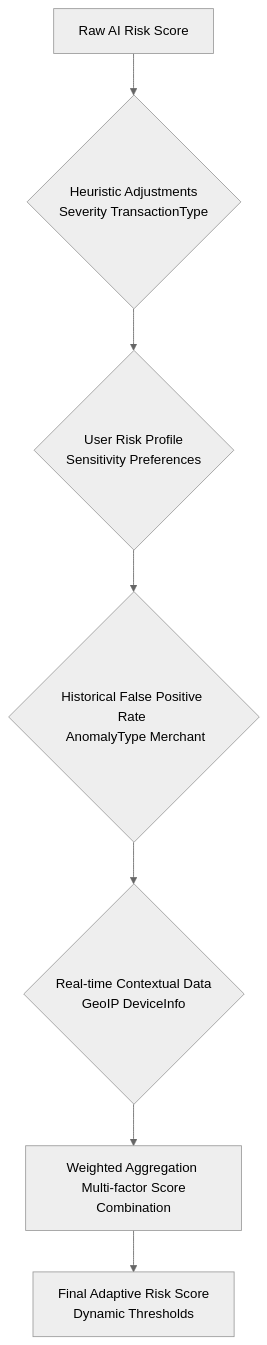
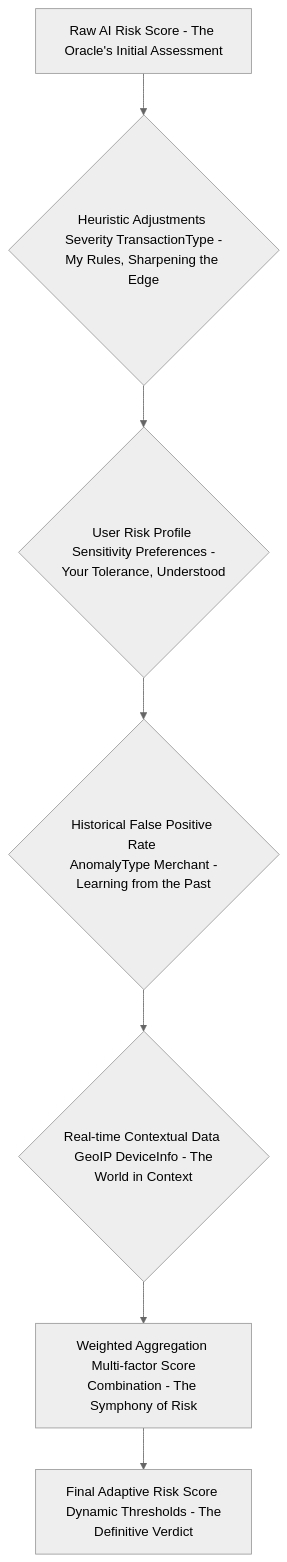
One commit to diplomat-bit/Citibank_Demo_Business_Inc_Demonstration- changed the ninth of 10 diagrams in inventions/inventions/006_ai_subscription_detection/009_ai_financial_anomaly_detection.md. Above: the diagram before and after it, drawn with Mermaid (neutral theme). The commit also changed other lines of this file, not shown here.

````diff
--- a/inventions/inventions/006_ai_subscription_detection/009_ai_financial_anomaly_detection.md
+++ b/inventions/inventions/006_ai_subscription_detection/009_ai_financial_anomaly_detection.md
@@ -313,9 +313,9 @@
 ```mermaid
 graph TD
-    A[Raw AI Risk Score] --> B{Heuristic Adjustments <br/> Severity TransactionType}
-    B --> C{User Risk Profile <br/> Sensitivity Preferences}
-    C --> D{Historical False Positive Rate <br/> AnomalyType Merchant}
-    D --> E{Real-time Contextual Data <br/> GeoIP DeviceInfo}
-    E --> F[Weighted Aggregation <br/> Multi-factor Score Combination]
-    F --> G[Final Adaptive Risk Score <br/> Dynamic Thresholds]
+    A[Raw AI Risk Score - The Oracle's Initial Assessment] --> B{Heuristic Adjustments <br/> Severity TransactionType - My Rules, Sharpening the Edge}
+    B --> C{User Risk Profile <br/> Sensitivity Preferences - Your Tolerance, Understood}
+    C --> D{Historical False Positive Rate <br/> AnomalyType Merchant - Learning from the Past}
+    D --> E{Real-time Contextual Data <br/> GeoIP DeviceInfo - The World in Context}
+    E --> F[Weighted Aggregation <br/> Multi-factor Score Combination - The Symphony of Risk]
+    F --> G[Final Adaptive Risk Score <br/> Dynamic Thresholds - The Definitive Verdict]
 ```
````
